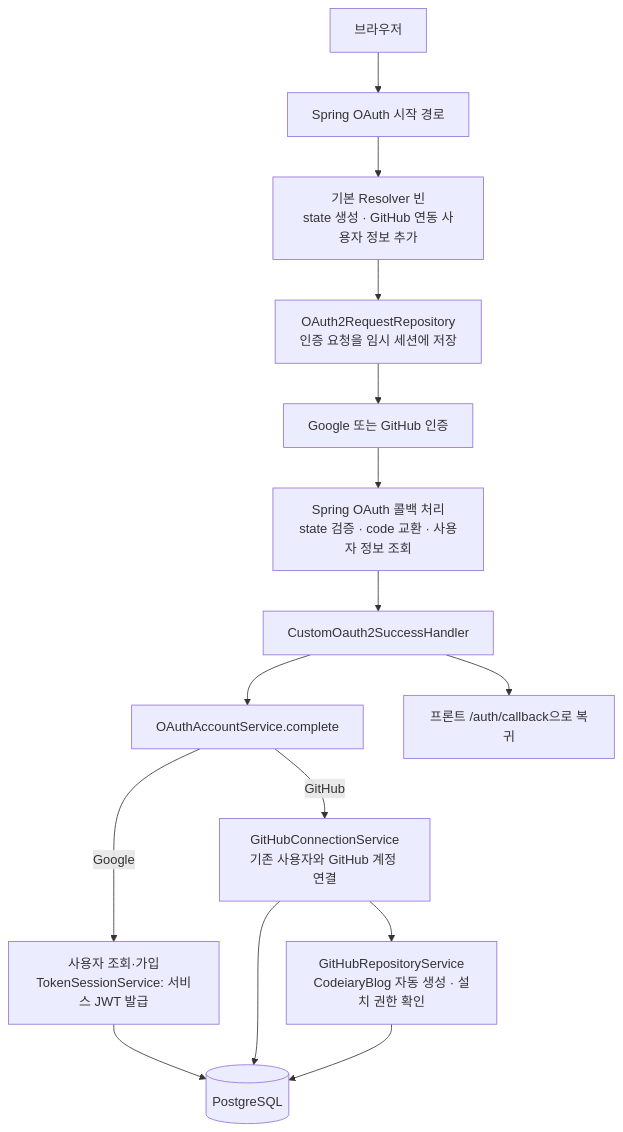
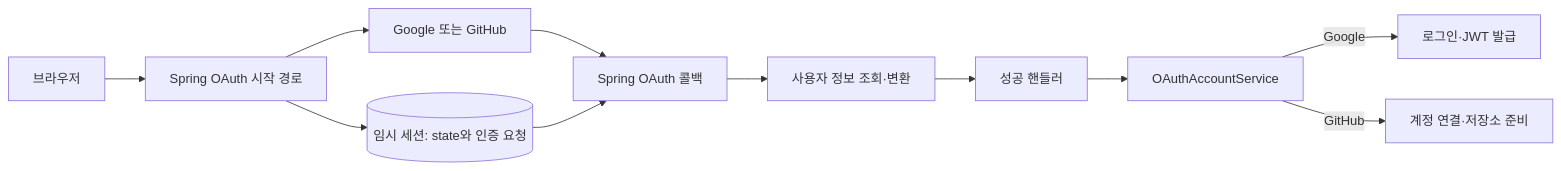
Before and after one commit to Codeiary/Codeiary-BE: the diagram in docs/architecture/ARCH-003 Google OIDC와 GitHub OAuth2 연동.md, drawn with Mermaid. The commit also changed other lines of this file and 1 other file, not shown here.

First line of the commit message:
docs: make OAuth architecture easier to scan

````diff
--- a/docs/architecture/ARCH-003 Google OIDC와 GitHub OAuth2 연동.md
+++ b/docs/architecture/ARCH-003 Google OIDC와 GitHub OAuth2 연동.md
@@ -19,17 +17,13 @@
 ```mermaid
-flowchart TD
-    Browser["브라우저"] --> Start["Spring OAuth 시작 경로"]
-    Start --> Resolver["기본 Resolver 빈<br/>state 생성 · GitHub 연동 사용자 정보 추가"]
-    Resolver --> Session["OAuth2RequestRepository<br/>인증 요청을 임시 세션에 저장"]
-    Session --> Provider["Google 또는 GitHub 인증"]
-    Provider --> Callback["Spring OAuth 콜백 처리<br/>state 검증 · code 교환 · 사용자 정보 조회"]
-    Callback --> Handler["CustomOauth2SuccessHandler"]
-    Handler --> Account["OAuthAccountService.complete"]
-    Account -->|Google| Login["사용자 조회·가입<br/>TokenSessionService: 서비스 JWT 발급"]
-    Account -->|GitHub| Link["GitHubConnectionService<br/>기존 사용자와 GitHub 계정 연결"]
-    Login --> DB[(PostgreSQL)]
-    Link --> DB
-    Link --> Repository["GitHubRepositoryService<br/>CodeiaryBlog 자동 생성 · 설치 권한 확인"]
-    Repository --> DB
-    Handler --> Frontend["프론트 /auth/callback으로 복귀"]
+flowchart LR
+    B[브라우저] --> A[Spring OAuth 시작 경로]
+    A --> S[(임시 세션: state와 인증 요청)]
+    A --> P[Google 또는 GitHub]
+    P --> C[Spring OAuth 콜백]
+    S --> C
+    C --> U[사용자 정보 조회·변환]
+    U --> H[성공 핸들러]
+    H --> O[OAuthAccountService]
+    O -->|Google| L[로그인·JWT 발급]
+    O -->|GitHub| G[계정 연결·저장소 준비]
 ```
````
